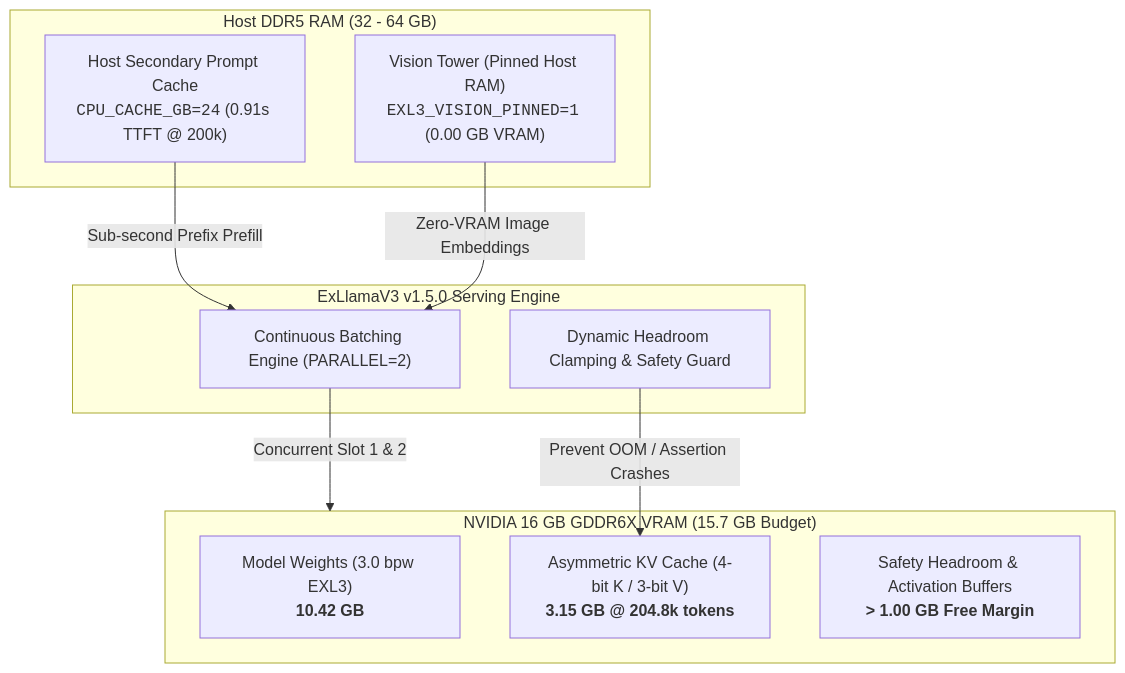
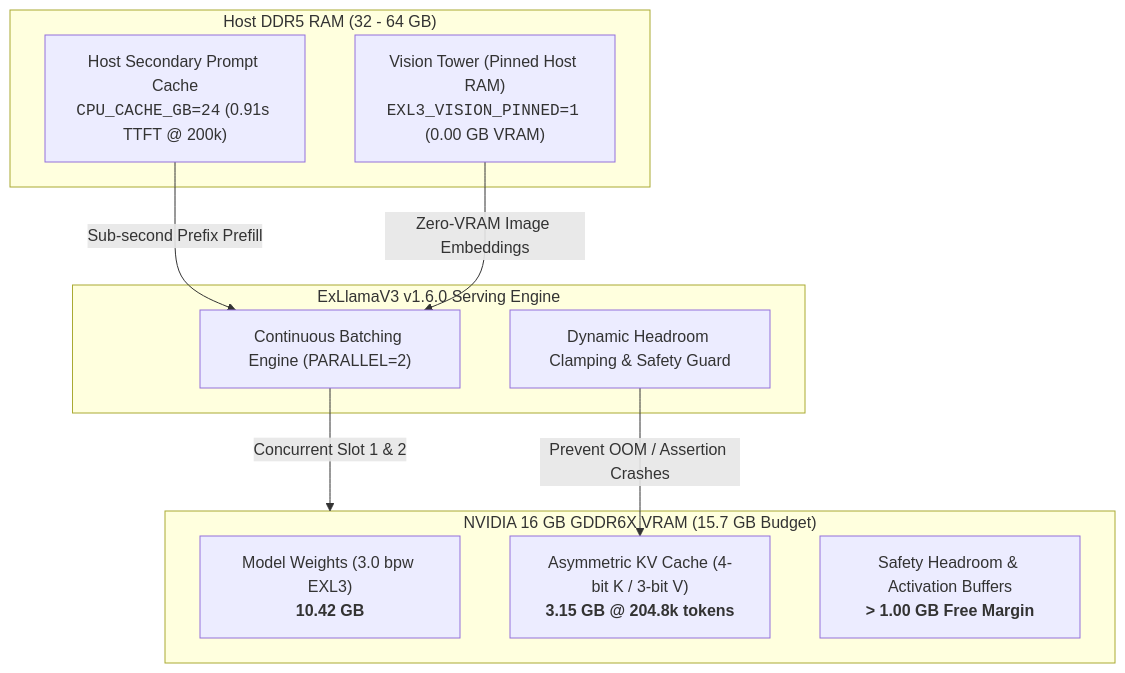
The diagram in README.md (saas-home/Qwen3.8-27B-NV-16GB), drawn with Mermaid before and after one commit. The commit also changed other lines of this file and 20 other files, not shown here.

````diff
--- a/README.md
+++ b/README.md
@@ -83,23 +83,23 @@
 ```mermaid
 flowchart TD
     subgraph GPU_VRAM["NVIDIA 16 GB GDDR6X VRAM (15.7 GB Budget)"]
         Weights["Model Weights (3.0 bpw EXL3)<br/><b>10.42 GB</b>"]
         KVCache["Asymmetric KV Cache (4-bit K / 3-bit V)<br/><b>3.15 GB @ 204.8k tokens</b>"]
         Headroom["Safety Headroom & Activation Buffers<br/><b>> 1.00 GB Free Margin</b>"]
     end
 
     subgraph HOST_RAM["Host DDR5 RAM (32 - 64 GB)"]
         Vision["Vision Tower (Pinned Host RAM)<br/><code>EXL3_VISION_PINNED=1</code> (0.00 GB VRAM)"]
         CPUCache["Host Secondary Prompt Cache<br/><code>CPU_CACHE_GB=24</code> (0.91s TTFT @ 200k)"]
     end
 
-    subgraph ENGINE["ExLlamaV3 v1.5.0 Serving Engine"]
+    subgraph ENGINE["ExLlamaV3 v1.6.0 Serving Engine"]
         Batcher["Continuous Batching Engine (PARALLEL=2)"]
         Clamp["Dynamic Headroom Clamping & Safety Guard"]
     end
 
     Batcher -->|Concurrent Slot 1 & 2| GPU_VRAM
     CPUCache -->|Sub-second Prefix Prefill| Batcher
     Vision -->|Zero-VRAM Image Embeddings| Batcher
     Clamp -->|Prevent OOM / Assertion Crashes| KVCache
 ```
````
